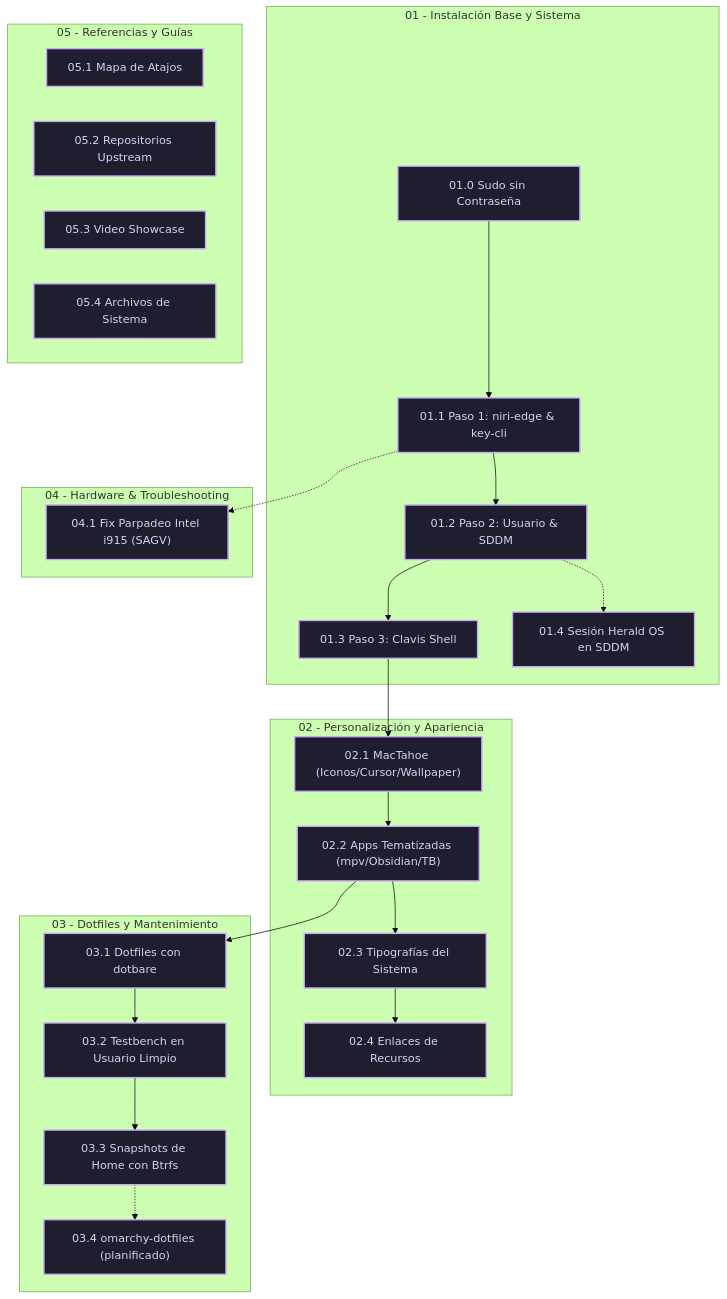
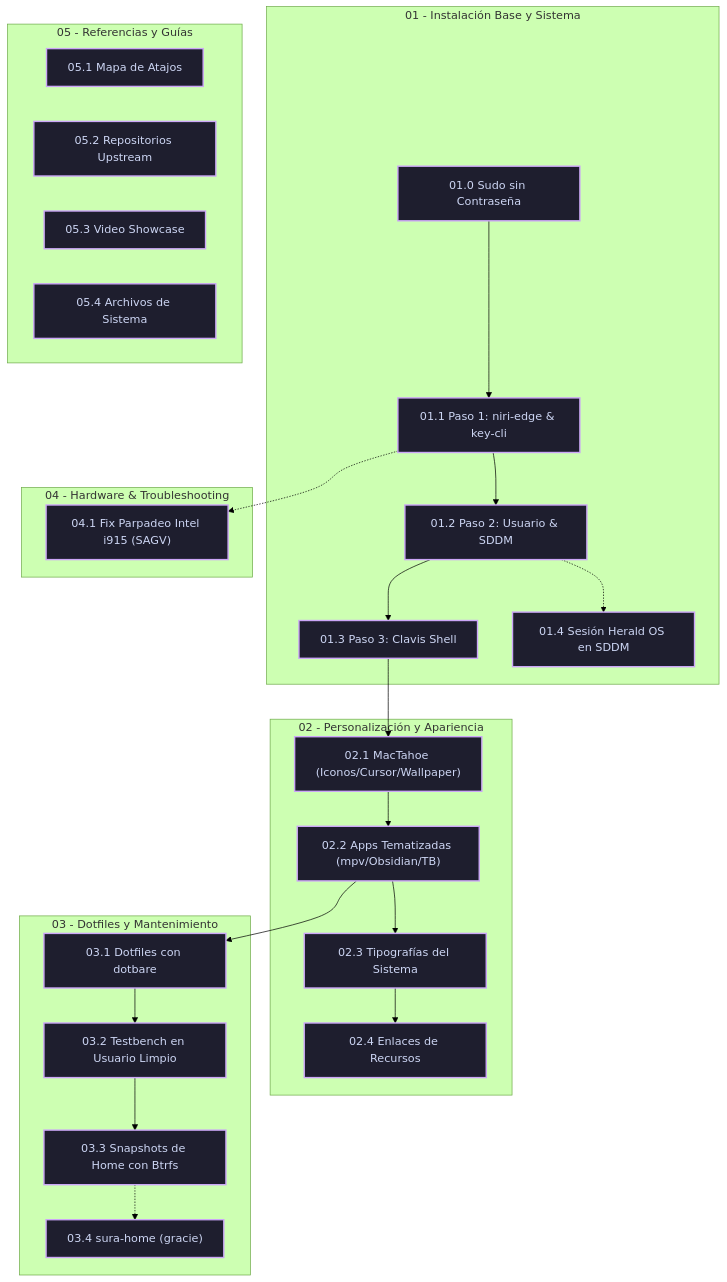
Before and after one commit to robert-flo/PJ-NIRI-rf-omarchy-playbooks: the diagram in 00 - Indice General (MOC).md, drawn with Mermaid (forest theme). The commit also changed other lines of this file and 3 other files, not shown here.

Commit message:
03.4: gracie's dotfiles done as private sura-home

````diff
--- a/00 - Indice General (MOC).md
+++ b/00 - Indice General (MOC).md
@@ -36,37 +36,37 @@
 ```mermaid
 flowchart TD
     subgraph Fase1["01 - Instalación Base y Sistema"]
         A["01.0 Sudo sin Contraseña"] --> B["01.1 Paso 1: niri-edge & key-cli"]
         B --> C["01.2 Paso 2: Usuario & SDDM"]
         C --> D["01.3 Paso 3: Clavis Shell"]
         C -.-> P["01.4 Sesión Herald OS en SDDM"]
     end
 
     subgraph Fase2["02 - Personalización y Apariencia"]
         D --> E["02.1 MacTahoe (Iconos/Cursor/Wallpaper)"]
         E --> F["02.2 Apps Tematizadas (mpv/Obsidian/TB)"]
         F --> G["02.3 Tipografías del Sistema"]
         G --> H["02.4 Enlaces de Recursos"]
     end
 
     subgraph Fase3["03 - Dotfiles y Mantenimiento"]
         F --> I["03.1 Dotfiles con dotbare"]
         I --> J["03.2 Testbench en Usuario Limpio"]
         J --> K["03.3 Snapshots de Home con Btrfs"]
-        K -.-> Q["03.4 omarchy-dotfiles (planificado)"]
+        K -.-> Q["03.4 sura-home (gracie)"]
     end
 
     subgraph Fase4["04 - Hardware & Troubleshooting"]
         B -.-> L["04.1 Fix Parpadeo Intel i915 (SAGV)"]
     end
 
     subgraph Fase5["05 - Referencias y Guías"]
         M["05.1 Mapa de Atajos"]
         N["05.2 Repositorios Upstream"]
         O["05.3 Video Showcase"]
         R["05.4 Archivos de Sistema"]
     end
 
     classDef default fill:#1e1e2e,stroke:#cba6f7,stroke-width:2px,color:#cdd6f4;
     classDef phase fill:#181825,stroke:#89b4fa,stroke-width:2px,color:#89b4fa;
 ```
````
